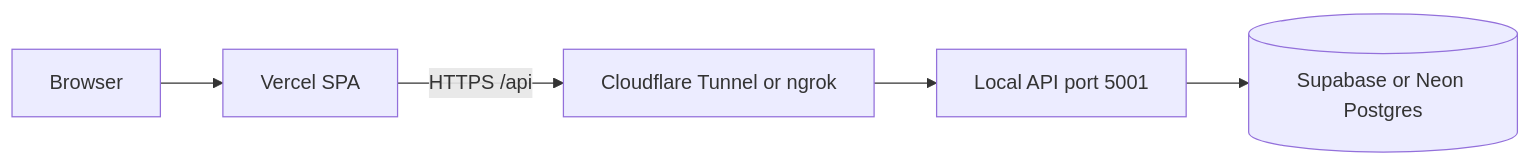
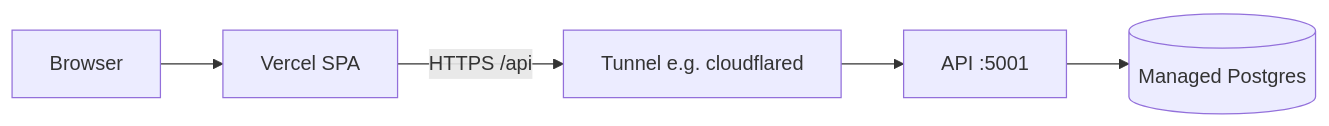
Before and after one commit to calvinhosea015/web-based-attendance: the second of 2 diagrams in README.md, drawn with Mermaid. The commit also changed other lines of this file and 2 other files, not shown here.

````diff
--- a/README.md
+++ b/README.md
@@ -474,7 +259,7 @@
 ```mermaid
 flowchart LR
   User[Browser] --> Vercel[Vercel SPA]
-  Vercel -->|HTTPS /api| Tunnel[Cloudflare Tunnel or ngrok]
-  Tunnel --> Local[Local API port 5001]
-  Local --> DB[(Supabase or Neon Postgres)]
+  Vercel -->|HTTPS /api| Tunnel[Tunnel e.g. cloudflared]
+  Tunnel --> API[API :5001]
+  API --> DB[(Managed Postgres)]
 ```
````
